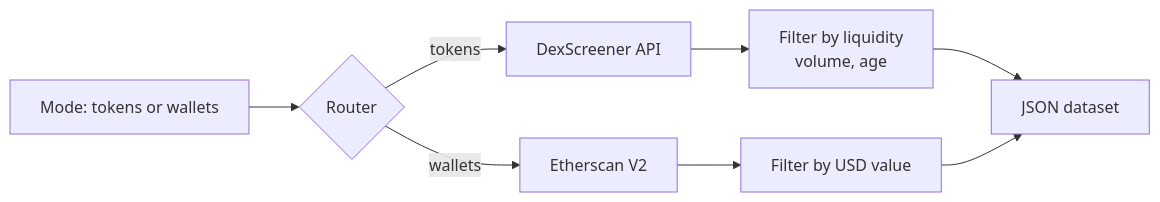
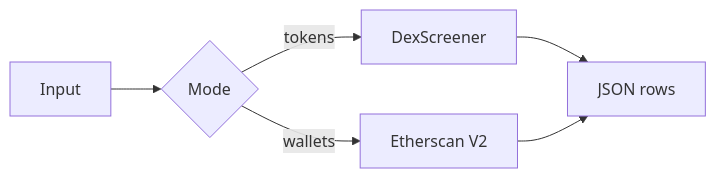
One commit to Ken-Mutisya/scrapemint changed the first of 3 diagrams in actors/crypto-whale-token-launch-tracker/README.md. Above: the diagram before and after it, drawn with Mermaid. The commit also changed other lines of this file, not shown here.

````diff
--- a/actors/crypto-whale-token-launch-tracker/README.md
+++ b/actors/crypto-whale-token-launch-tracker/README.md
@@ -11,10 +11,8 @@
 ```mermaid
 flowchart LR
-    A[Mode: tokens or wallets] --> B{Router}
-    B -->|tokens| C[DexScreener API]
+    A[Input] --> B{Mode}
+    B -->|tokens| C[DexScreener]
     B -->|wallets| D[Etherscan V2]
-    C --> E[Filter by liquidity<br/>volume, age]
-    D --> F[Filter by USD value]
-    E --> G[JSON dataset]
-    F --> G
+    C --> E[JSON rows]
+    D --> E
 ```
````
